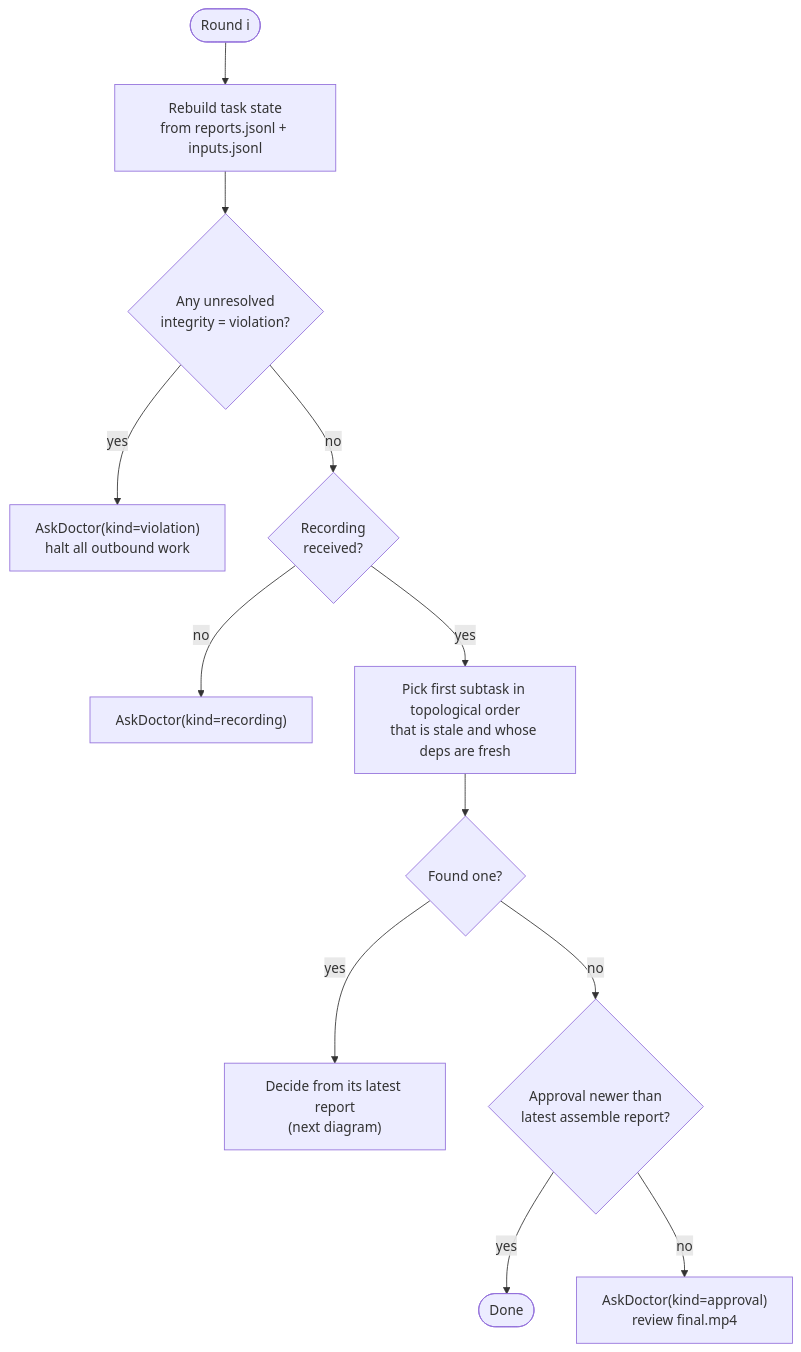
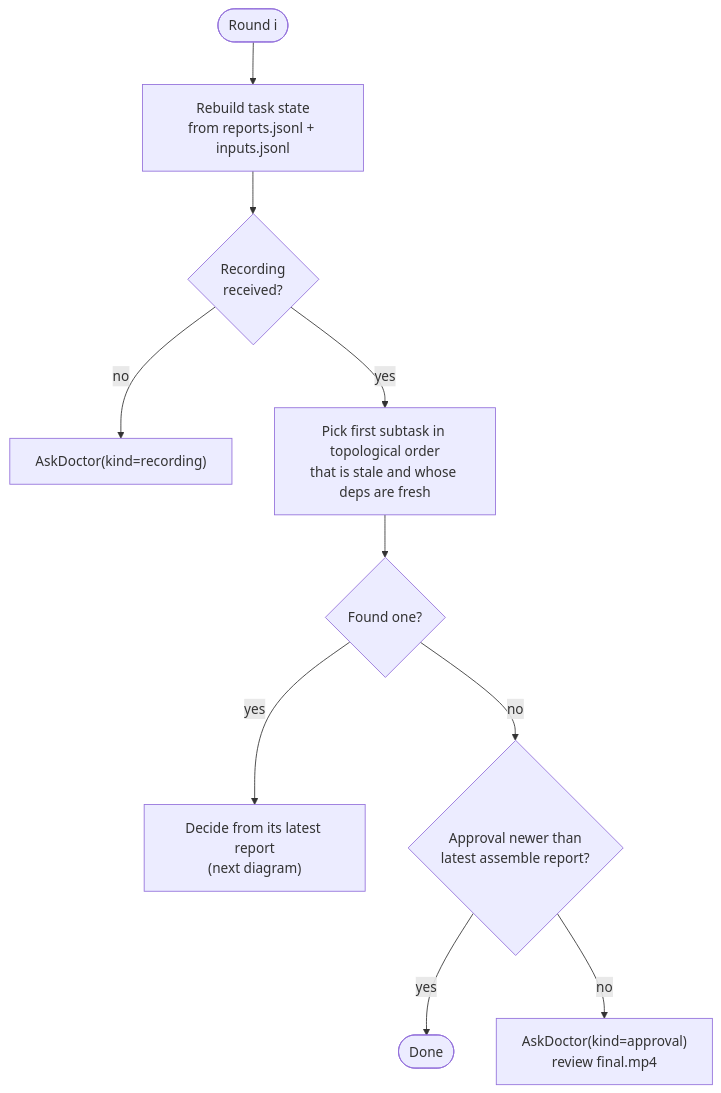
Before and after one commit to Deeraj-G/attend: the second of 4 diagrams in docs/adr/0004-manager-agent-rule-based-scheduler.md, drawn with Mermaid. The commit also changed other lines of this file and 7 other files, not shown here.

````diff
--- a/docs/adr/0004-manager-agent-rule-based-scheduler.md
+++ b/docs/adr/0004-manager-agent-rule-based-scheduler.md
@@ -78,14 +79,12 @@
 ```mermaid
 flowchart TD
     Start([Round i]) --> Load["Rebuild task state<br/>from reports.jsonl + inputs.jsonl"]
-    Load --> V{"Any unresolved<br/>integrity = violation?"}
-    V -- yes --> AskV["AskDoctor(kind=violation)<br/>halt all outbound work"]
-    V -- no --> Rec{"Recording<br/>received?"}
+    Load --> Rec{"Recording<br/>received?"}
     Rec -- no --> AskR["AskDoctor(kind=recording)"]
     Rec -- yes --> Pick["Pick first subtask in topological order<br/>that is stale and whose deps are fresh"]
     Pick --> Any{"Found one?"}
     Any -- yes --> Resp["Decide from its latest report<br/>(next diagram)"]
     Any -- no --> Appr{"Approval newer than<br/>latest assemble report?"}
     Appr -- yes --> Done([Done])
     Appr -- no --> AskA["AskDoctor(kind=approval)<br/>review final.mp4"]
 ```
````
